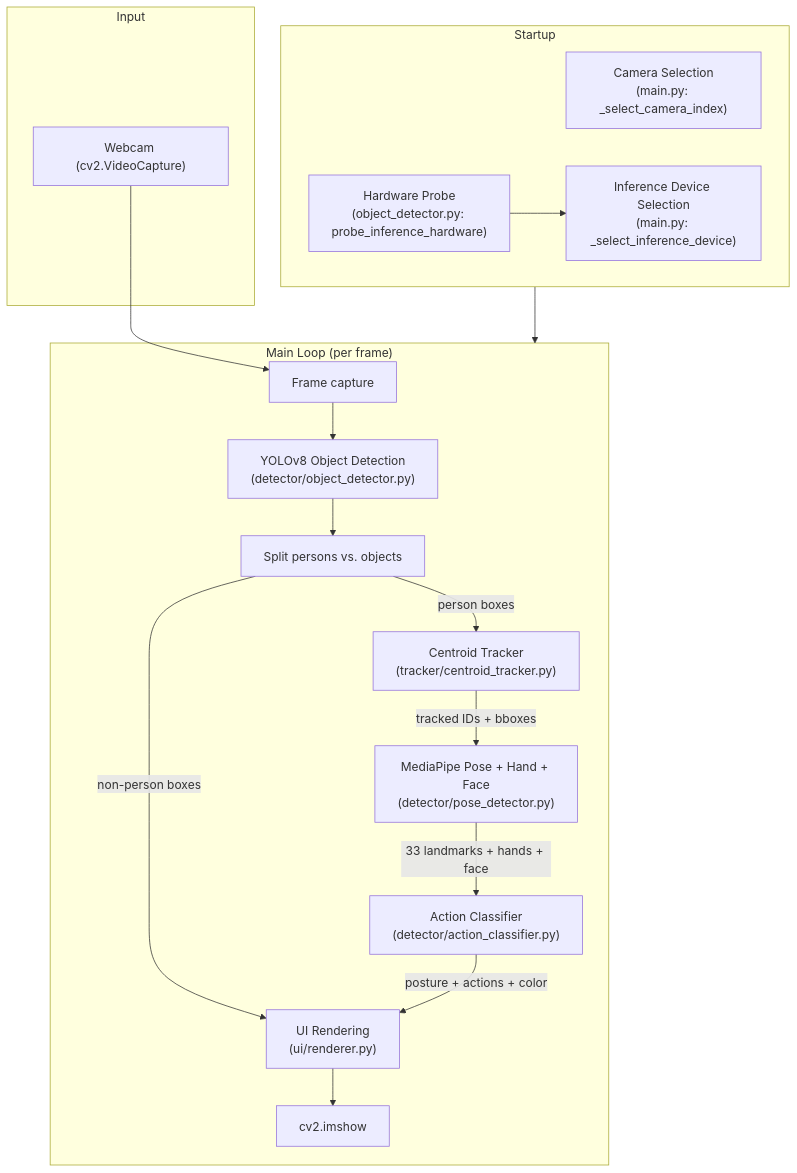
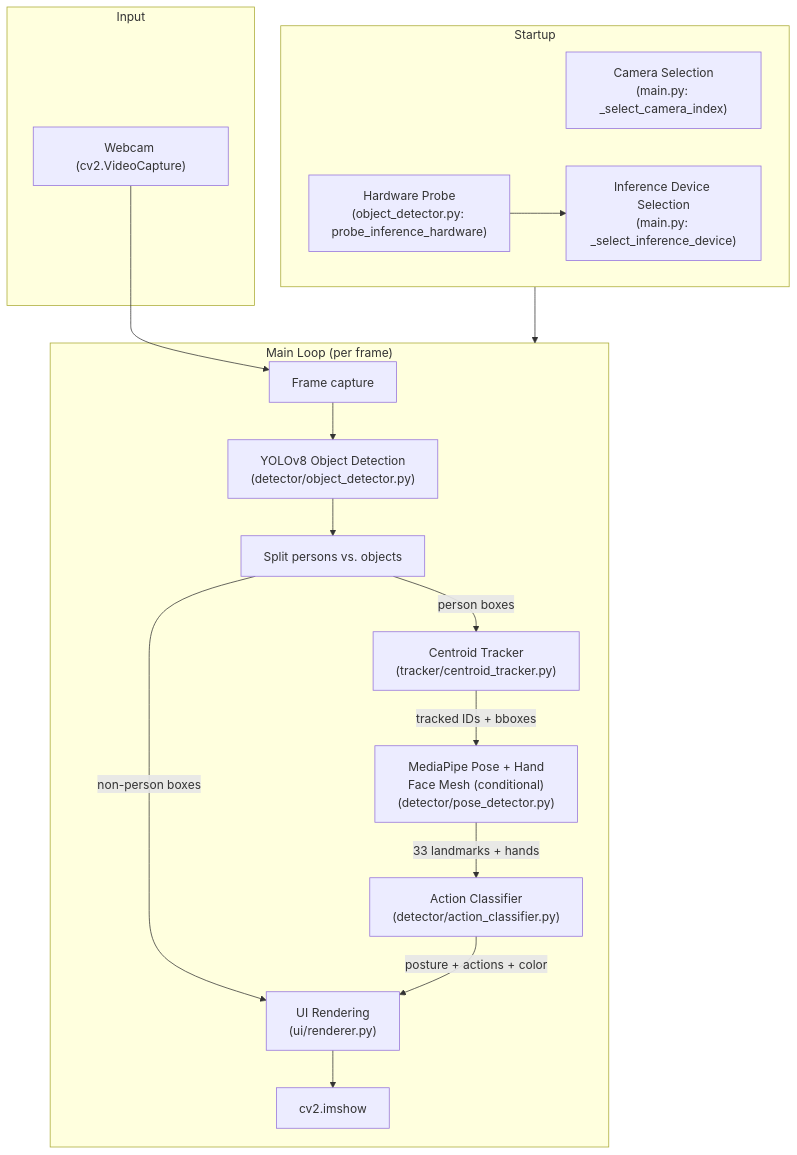
Before and after one commit to Babar-Meet/Activity-detaction: the first of 2 diagrams in README.md, drawn with Mermaid. The commit also changed other lines of this file and 1 other file, not shown here.

````diff
--- a/README.md
+++ b/README.md
@@ -122,36 +133,36 @@
 ```mermaid
 flowchart TB
     subgraph Input
         Webcam["Webcam (cv2.VideoCapture)"]
     end
 
     subgraph MainLoop ["Main Loop (per frame)"]
         Capture["Frame capture"]
         YOLO["YOLOv8 Object Detection<br/>(detector/object_detector.py)"]
         Split["Split persons vs. objects"]
         Tracker["Centroid Tracker<br/>(tracker/centroid_tracker.py)"]
-        Pose["MediaPipe Pose + Hand + Face<br/>(detector/pose_detector.py)"]
+        Pose["MediaPipe Pose + Hand<br/>Face Mesh (conditional)<br/>(detector/pose_detector.py)"]
         Classifier["Action Classifier<br/>(detector/action_classifier.py)"]
         Renderer["UI Rendering<br/>(ui/renderer.py)"]
         Display["cv2.imshow"]
     end
 
     Webcam --> Capture
     Capture --> YOLO
     YOLO --> Split
     Split -->|person boxes| Tracker
     Split -->|non-person boxes| Renderer
     Tracker -->|tracked IDs + bboxes| Pose
-    Pose -->|33 landmarks + hands + face| Classifier
+    Pose -->|33 landmarks + hands| Classifier
     Classifier -->|posture + actions + color| Renderer
     Renderer --> Display
 
     subgraph Startup
         CameraSelect["Camera Selection<br/>(main.py: _select_camera_index)"]
         DeviceSelect["Inference Device Selection<br/>(main.py: _select_inference_device)"]
         Probe["Hardware Probe<br/>(object_detector.py: probe_inference_hardware)"]
     end
 
     Startup --> MainLoop
     Probe --> DeviceSelect
 ```
````
